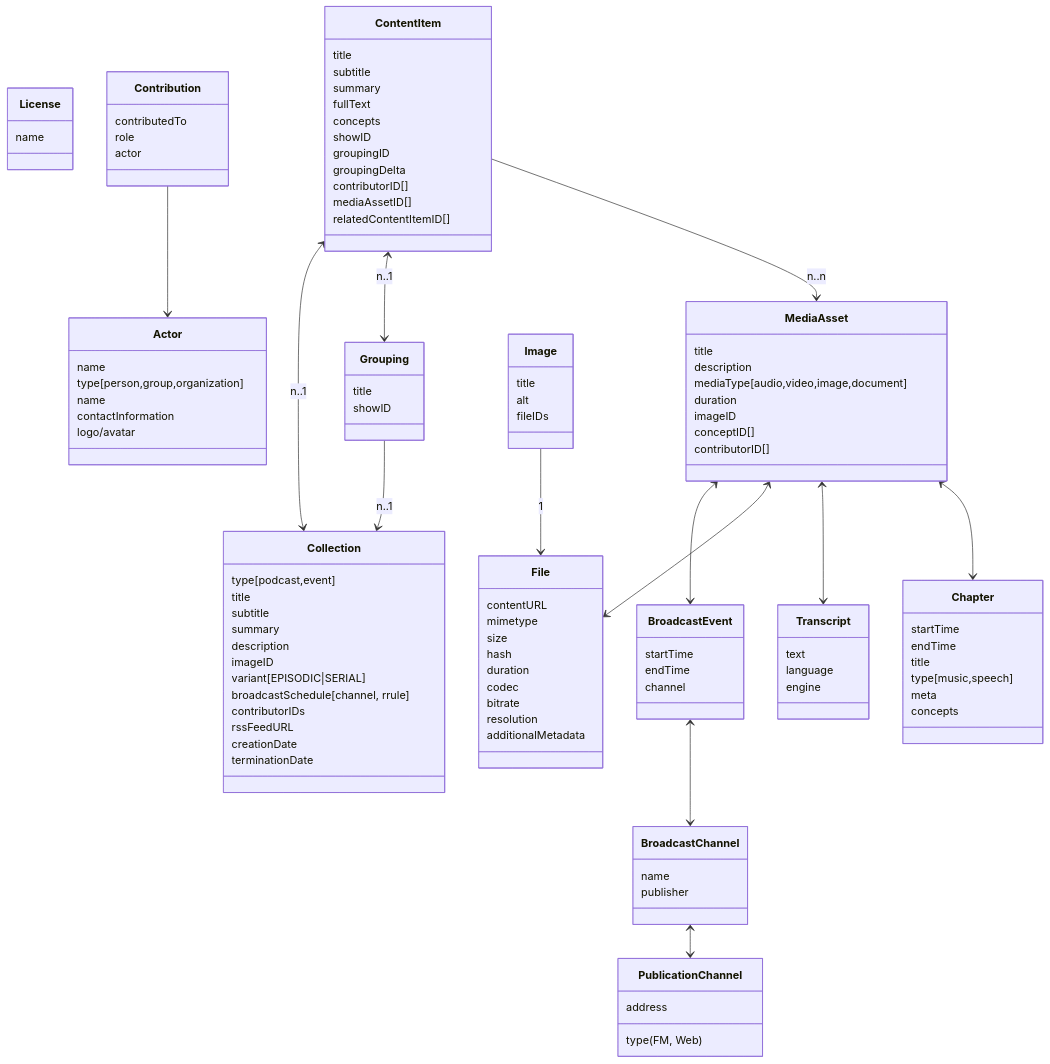
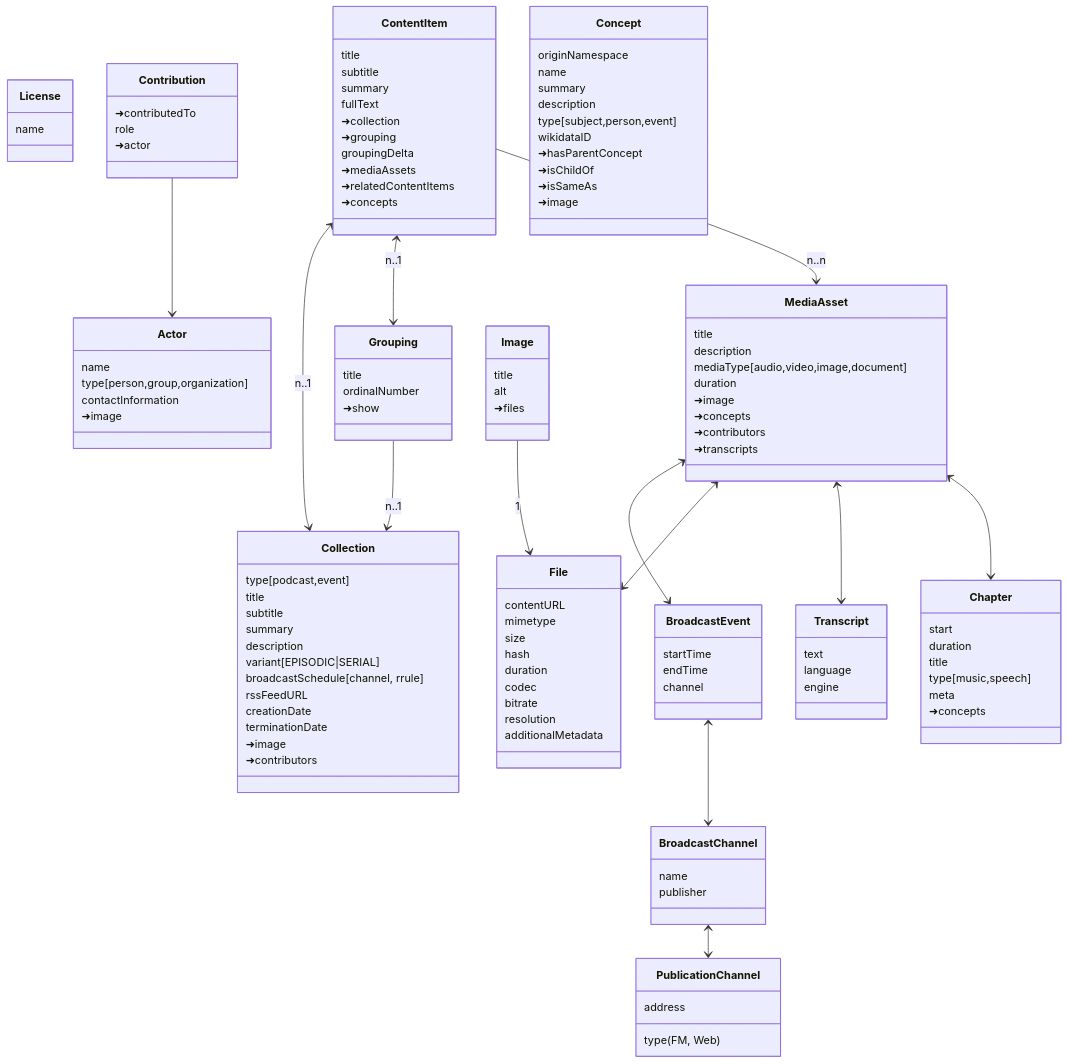
Before and after one commit to repco-org/repco: the diagram in datamodel.md, drawn with Mermaid. The commit also changed other lines of this file, not shown here.

```diff
--- a/datamodel.md
+++ b/datamodel.md
@@ -24,17 +26,18 @@
    description
    mediaType[audio,video,image,document]
    duration
-   imageID
-   conceptID[]
-   contributorID[]
+   ➜image
+   ➜concepts
+   ➜contributors
+   ➜transcripts
 }
 class Chapter {
-    startTime
-    endTime
+    start
+    duration
     title
     type[music,speech]
     meta
-    concepts
+    ➜concepts
 }
 class Transcript {
     text
@@ -48,14 +51,15 @@
     subtitle
     summary
     description
-    imageID
     variant[EPISODIC|SERIAL]
     broadcastSchedule[channel, rrule]
-    contributorIDs
     rssFeedURL
     
     creationDate
     terminationDate
+    
+    ➜image
+    ➜contributors
 }
 
 class BroadcastEvent {
@@ -76,34 +80,51 @@
     subtitle
     summary
     fullText
-    concepts
-    showID
-    groupingID
+    
+    ➜collection
+    ➜grouping
     groupingDelta
-    contributorID[]
-    mediaAssetID[]
-    relatedContentItemID[]
+    ➜mediaAssets
+    ➜relatedContentItems
+    ➜concepts
 }
+
 class Grouping {
     title
-    showID
+    ordinalNumber
+    ➜show
 }
+
 class Actor {
     name
     type[person,group,organization]
-    name
     contactInformation
-    logo/avatar
+    ➜image
 }
+
 class Image {
     title
     alt
-    fileIDs
+    ➜files
 }
+
 class Contribution {
-    contributedTo
+    ➜contributedTo
     role
-    actor
+    ➜actor
+}
+
+class Concept {
+    originNamespace
+    name
+    summary
+    description    
+    type[subject,person,event]
+    wikidataID
+    ➜hasParentConcept
+    ➜isChildOf
+    ➜isSameAs
+    ➜image
 }
 
 Contribution --> Actor
```
